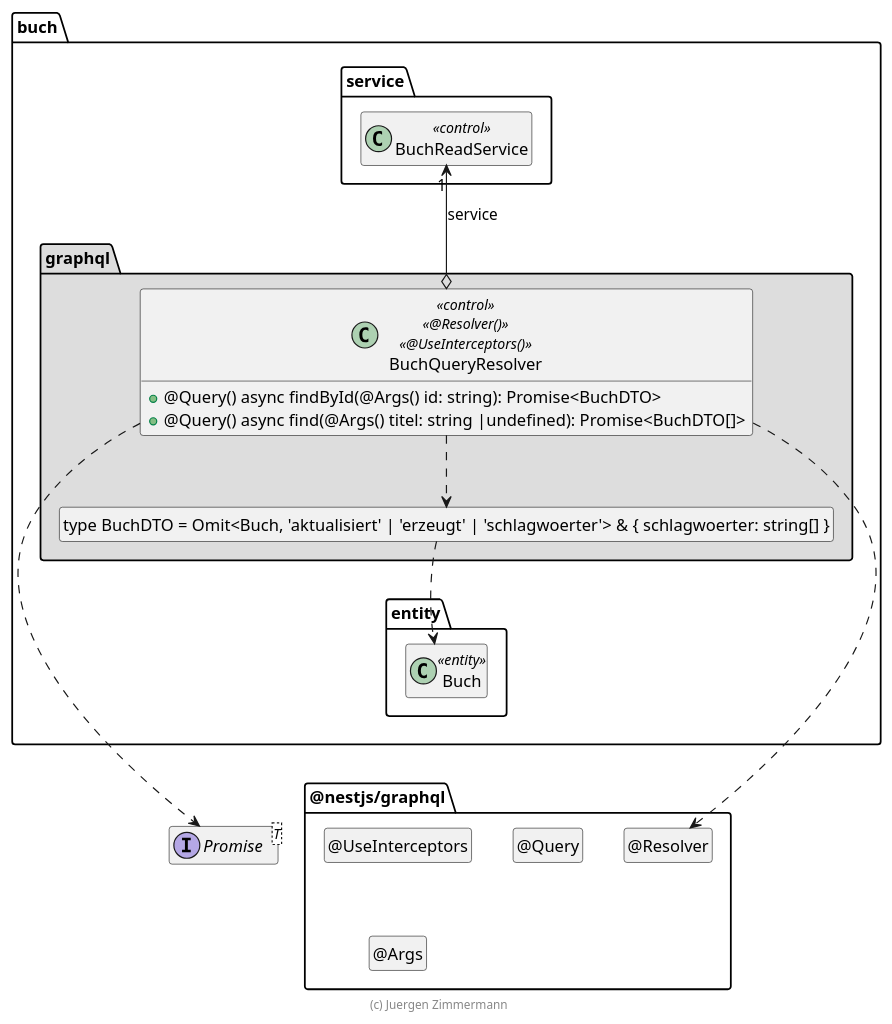
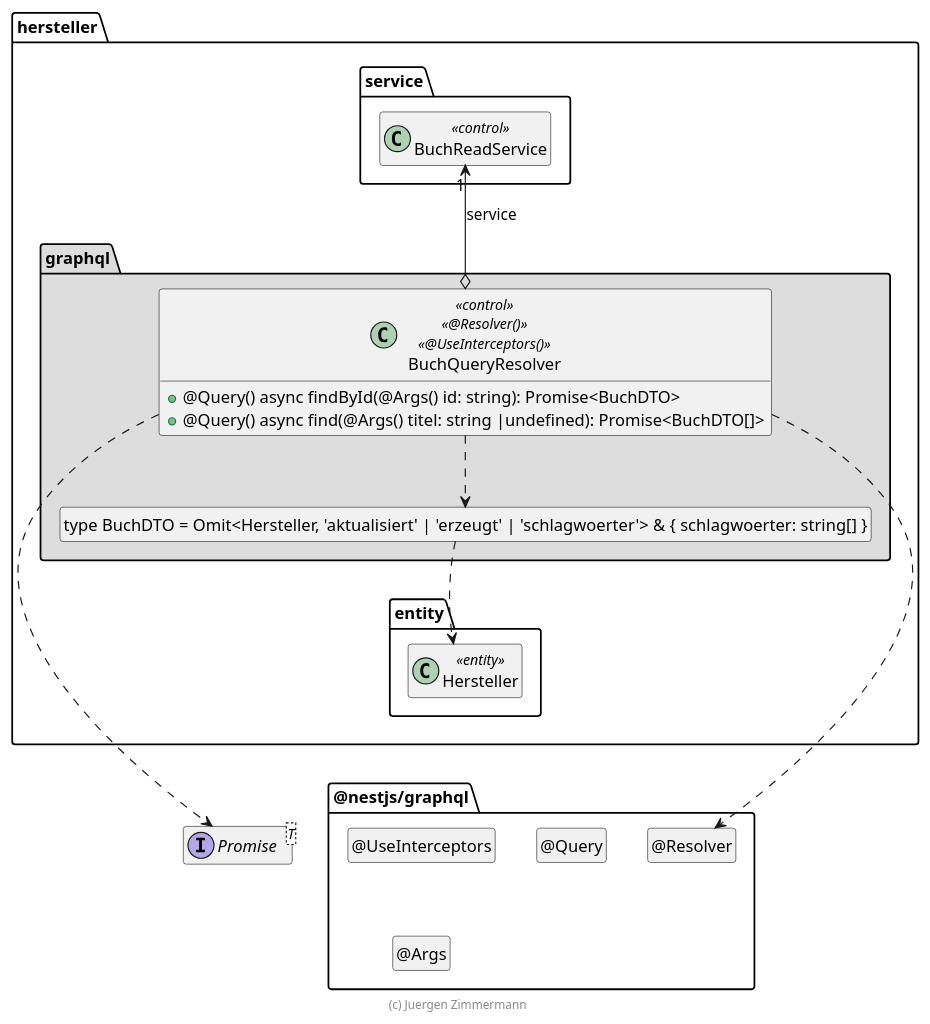
One commit to alexeysafonov99/hersteller changed the diagram in extras/doc/entwicklerhandbuch/BuchQueryResolver.plantuml. Above: the diagram before and after it, drawn with PlantUML. The commit also changed 133 other files, not shown here.

```diff
--- a/extras/doc/entwicklerhandbuch/BuchQueryResolver.plantuml
+++ b/extras/doc/entwicklerhandbuch/BuchQueryResolver.plantuml
@@ -18,58 +18,58 @@
 @startuml Controller-Klasse
 
 interface Promise<T>
 
 package @nestjs/graphql {
   class "@Resolver" as Resolver
   hide Resolver circle
 
   class "@UseInterceptors" as UseInterceptors
   hide UseInterceptors circle
 
   class "@Query" as Query
   hide Query circle
 
   class "@Args" as Args
   hide Args circle
 
   Resolver .left[hidden].> Promise
 }
 
-package buch {
+package hersteller {
   package entity {
-    class Buch <<entity>>
+    class Hersteller <<entity>>
   }
 
   package service {
     class BuchReadService << control >>
   }
 
   package graphql #DDDDDD {
-    class "type BuchDTO = Omit<Buch, 'aktualisiert' | 'erzeugt' | 'schlagwoerter'> & { schlagwoerter: string[] }" as BuchDTO
+    class "type BuchDTO = Omit<Hersteller, 'aktualisiert' | 'erzeugt' | 'schlagwoerter'> & { schlagwoerter: string[] }" as BuchDTO
     hide BuchDTO circle
 
     class BuchQueryResolver << control >> << @Resolver() >> << @UseInterceptors() >> {
       + @Query() async findById(@Args() id: string): Promise<BuchDTO>
       + @Query() async find(@Args() titel: string |undefined): Promise<BuchDTO[]>
     }
 
     BuchQueryResolver o-up-> "1" BuchReadService : service
     BuchQueryResolver ..> BuchDTO
-    BuchDTO ..> Buch
+    BuchDTO ..> Hersteller
     BuchQueryResolver ..> Resolver
 
     BuchQueryResolver ..> Promise
 
-    BuchDTO .[hidden].> Buch
-    Buch .[hidden].> Promise
+    BuchDTO .[hidden].> Hersteller
+    Hersteller .[hidden].> Promise
     BuchReadService .[hidden].> Promise
-    Buch .[hidden].> Resolver
+    Hersteller .[hidden].> Resolver
     BuchReadService .[hidden].> Resolver
   }
 }
 
 hide empty members
 
 footer (c) Juergen Zimmermann
 
 @enduml
```
